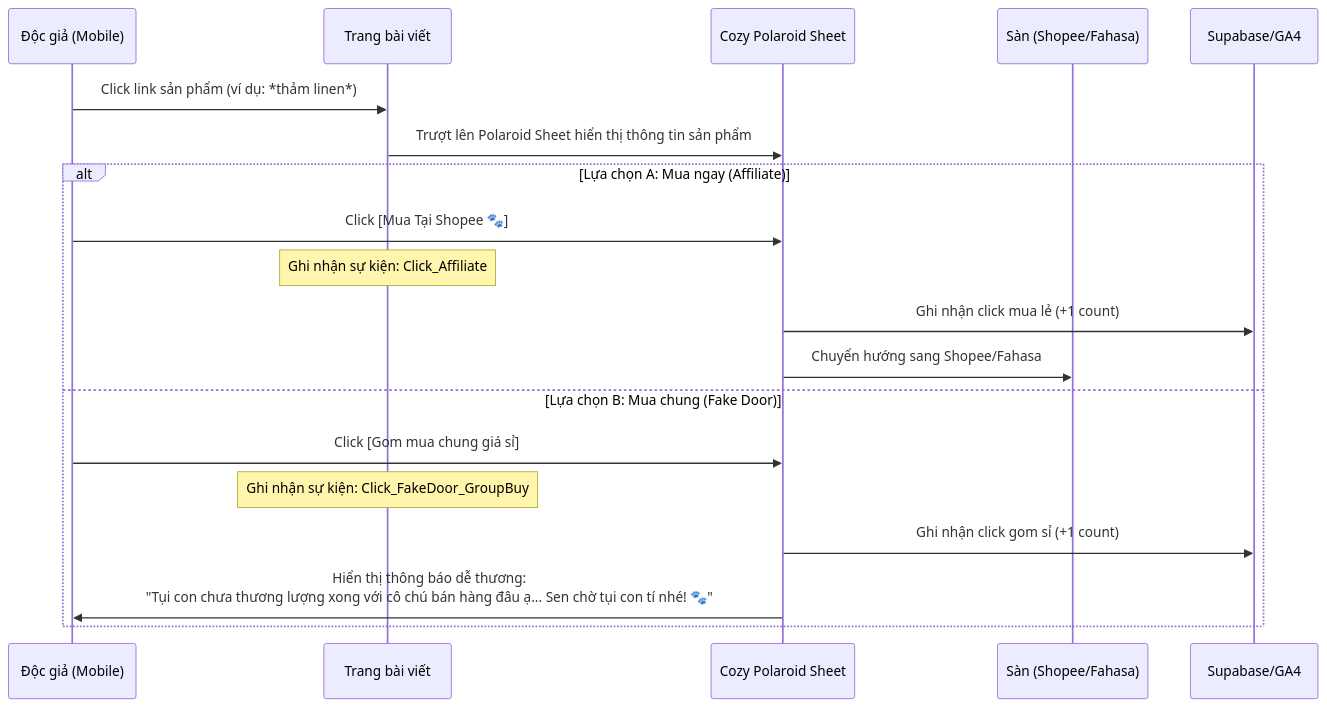
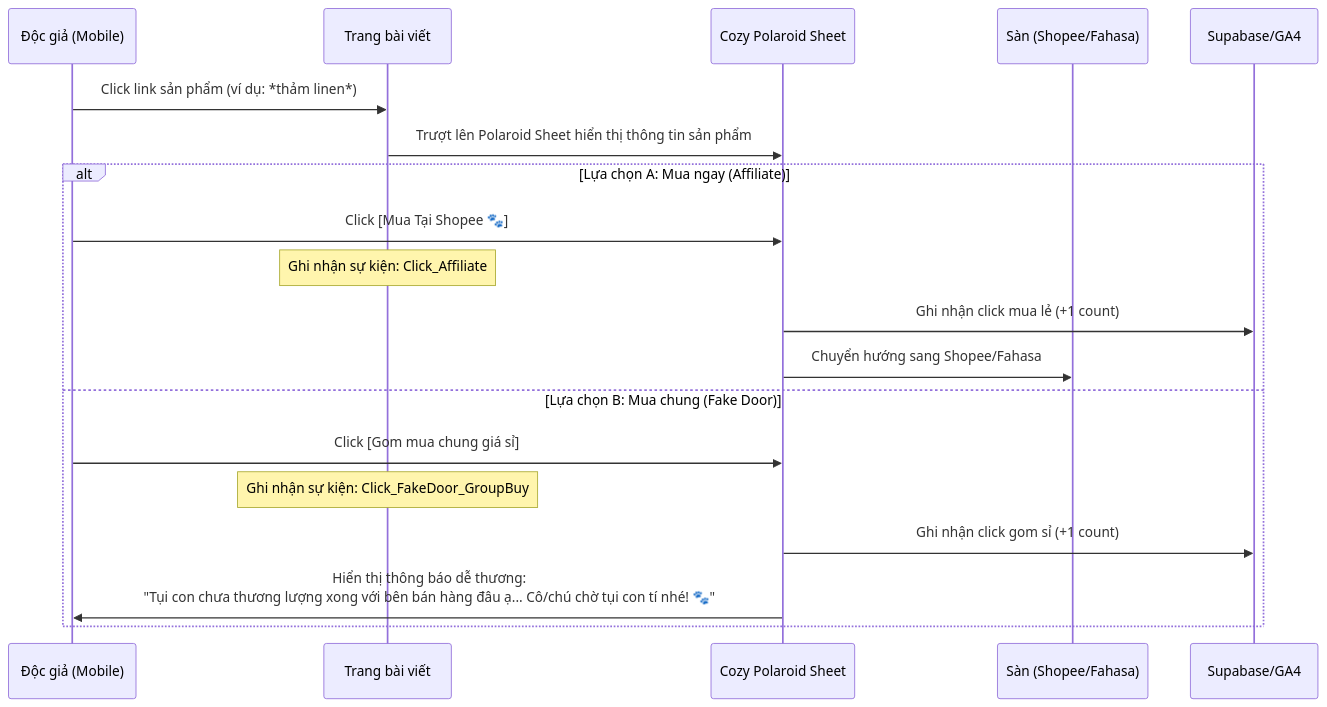
Before and after one commit to capcattech-stack/doca-umbrella-workspace: the second of 3 diagrams in Document/Website/02_SITE_STRUCTURE.md, drawn with Mermaid. The commit also changed other lines of this file and 52 other files, not shown here.

````diff
--- a/Document/Website/02_SITE_STRUCTURE.md
+++ b/Document/Website/02_SITE_STRUCTURE.md
@@ -118,23 +118,23 @@
 ```mermaid
 sequenceDiagram
     participant User as Độc giả (Mobile)
     participant Blog as Trang bài viết
     participant Popup as Cozy Polaroid Sheet
     participant Partner as Sàn (Shopee/Fahasa)
     participant DB as Supabase/GA4
 
     User->>Blog: Click link sản phẩm (ví dụ: *thảm linen*)
     Blog->>Popup: Trượt lên Polaroid Sheet hiển thị thông tin sản phẩm
     
     alt Lựa chọn A: Mua ngay (Affiliate)
         User->>Popup: Click [Mua Tại Shopee 🐾]
         Note over Blog: Ghi nhận sự kiện: Click_Affiliate
         Popup->>DB: Ghi nhận click mua lẻ (+1 count)
         Popup->>Partner: Chuyển hướng sang Shopee/Fahasa
     else Lựa chọn B: Mua chung (Fake Door)
         User->>Popup: Click [Gom mua chung giá sỉ]
         Note over Blog: Ghi nhận sự kiện: Click_FakeDoor_GroupBuy
         Popup->>DB: Ghi nhận click gom sỉ (+1 count)
-        Popup->>User: Hiển thị thông báo dễ thương:<br/>"Tụi con chưa thương lượng xong với cô chú bán hàng đâu ạ... Sen chờ tụi con tí nhé! 🐾"
+        Popup->>User: Hiển thị thông báo dễ thương:<br/>"Tụi con chưa thương lượng xong với bên bán hàng đâu ạ... Cô/chú chờ tụi con tí nhé! 🐾"
     end
 ```
````
